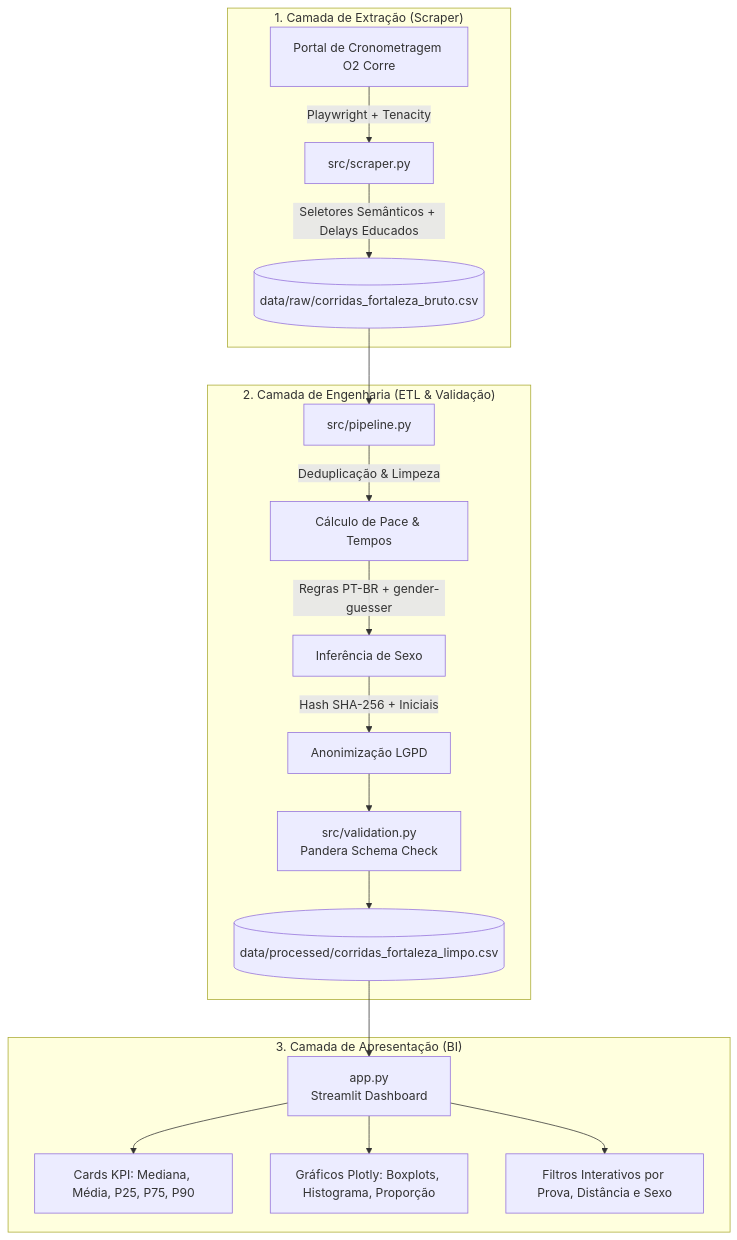
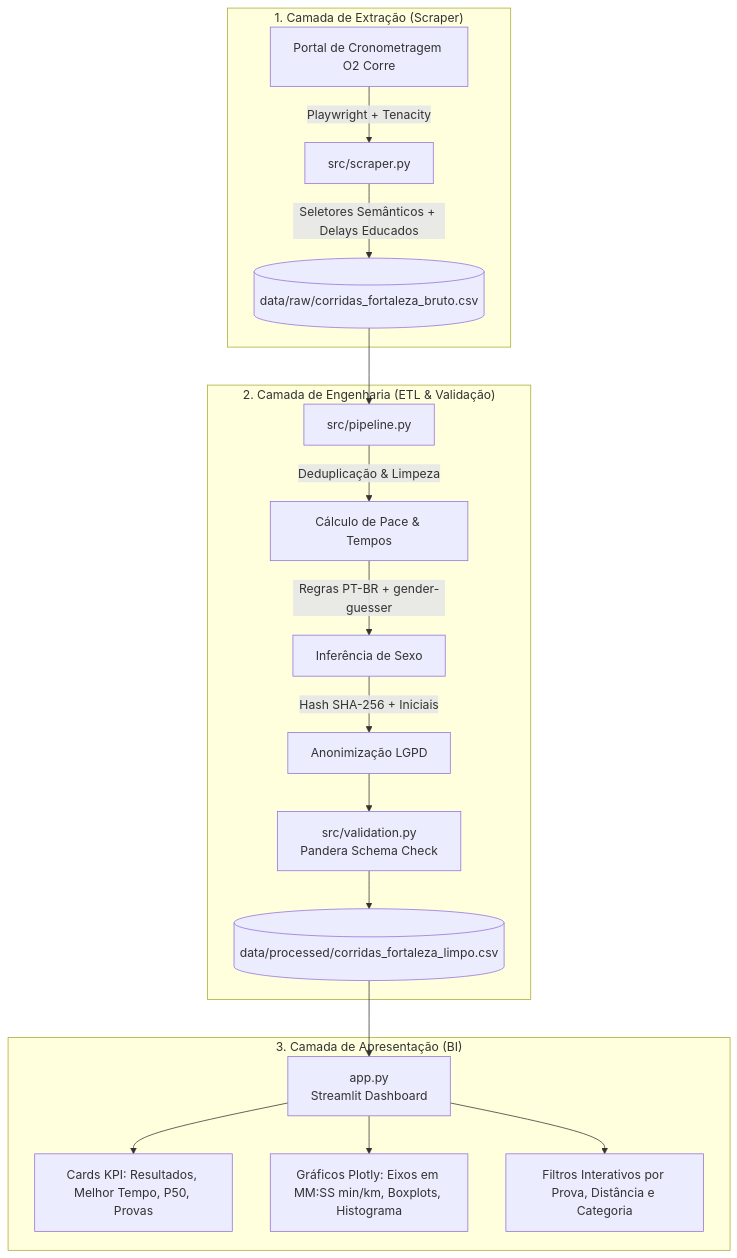
One commit to fernandosvale/runner-insights changed the diagram in README.md. Above: the diagram before and after it, drawn with Mermaid. The commit also changed 1 other file, not shown here.

Commit message:
docs: atualiza preview do dashboard e documentacao da camada de BI
- Atualiza imagem docs/dashboard_preview.png com o layout escuro e eixos em MM:SS.

- Atualiza diagrama de arquitetura no README para refletir a nova estrutura.

````diff
--- a/README.md
+++ b/README.md
@@ -38,23 +38,23 @@
 ```mermaid
 flowchart TD
     subgraph Coleta ["1. Camada de Extração (Scraper)"]
         A[Portal de Cronometragem O2 Corre] -->|Playwright + Tenacity| B[src/scraper.py]
         B -->|Seletores Semânticos + Delays Educados| C[(data/raw/corridas_fortaleza_bruto.csv)]
     end
 
     subgraph Tratamento ["2. Camada de Engenharia (ETL & Validação)"]
         C --> D[src/pipeline.py]
         D -->|Deduplicação & Limpeza| E[Cálculo de Pace & Tempos]
         E -->|Regras PT-BR + gender-guesser| F[Inferência de Sexo]
         F -->|Hash SHA-256 + Iniciais| G[Anonimização LGPD]
         G --> H[src/validation.py<br/>Pandera Schema Check]
         H --> I[(data/processed/corridas_fortaleza_limpo.csv)]
     end
 
     subgraph Visualizacao ["3. Camada de Apresentação (BI)"]
         I --> J[app.py<br/>Streamlit Dashboard]
-        J --> K[Cards KPI: Mediana, Média, P25, P75, P90]
-        J --> L[Gráficos Plotly: Boxplots, Histograma, Proporção]
-        J --> M[Filtros Interativos por Prova, Distância e Sexo]
+        J --> K[Cards KPI: Resultados, Melhor Tempo, P50, Provas]
+        J --> L[Gráficos Plotly: Eixos em MM:SS min/km, Boxplots, Histograma]
+        J --> M[Filtros Interativos por Prova, Distância e Categoria]
     end
 ```
````
